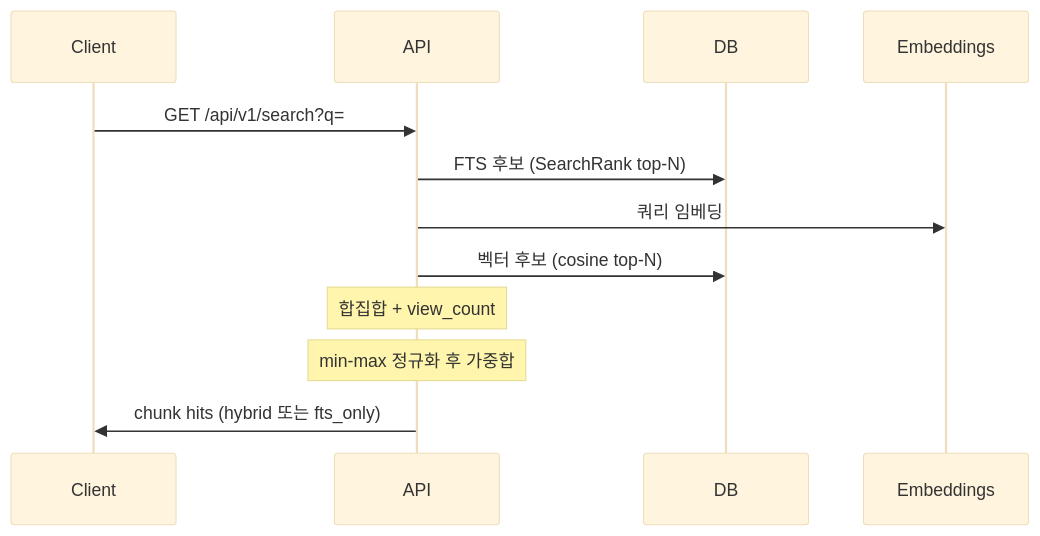
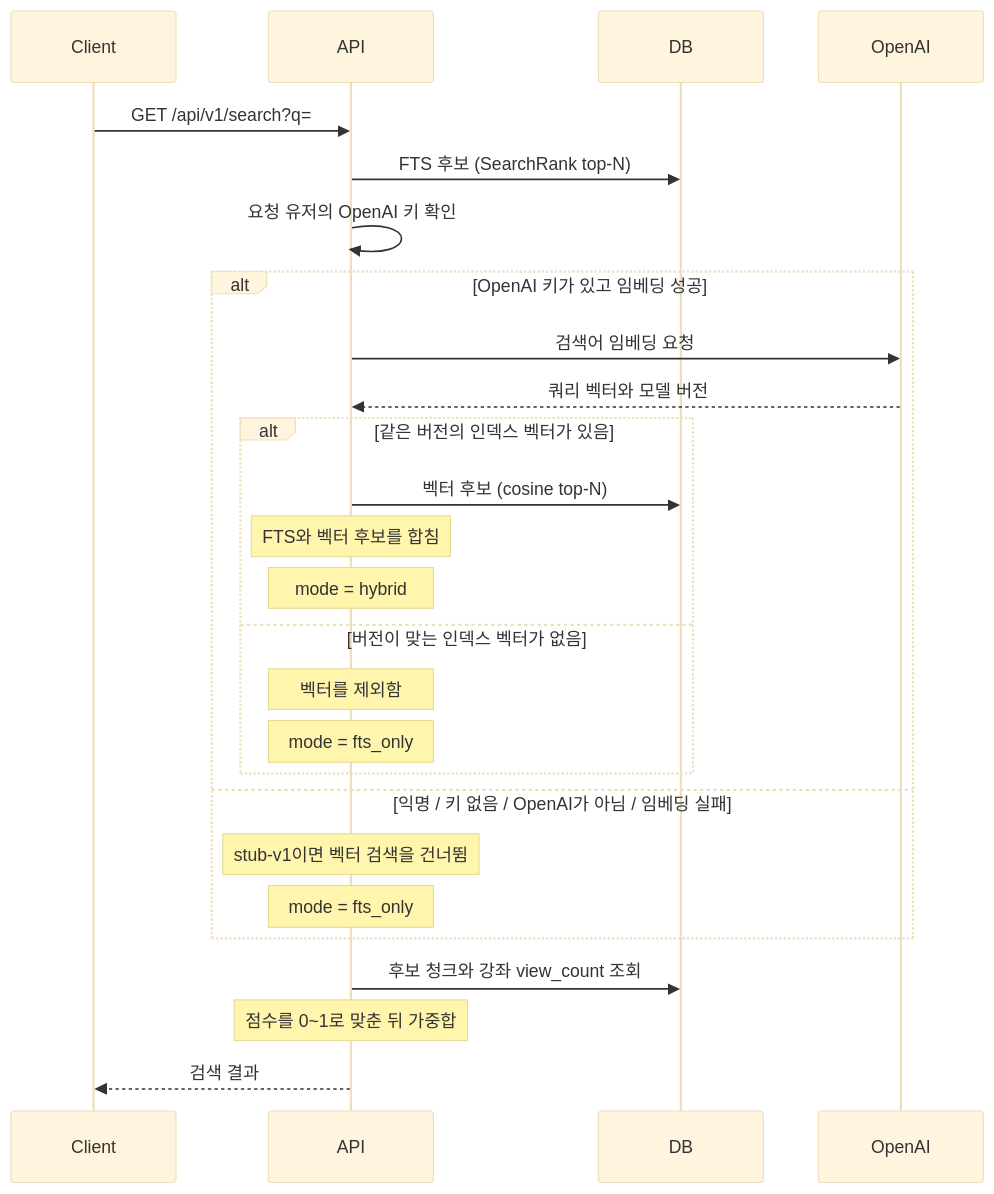
The sixth of 7 diagrams in content/posts/2026/08/07/class-s-hybrid-search/index.md (DSeung001/dseung001.github.io), drawn with Mermaid (base theme) before and after one commit. The commit also changed other lines of this file, not shown here.

````diff
--- a/content/posts/2026/08/07/class-s-hybrid-search/index.md
+++ b/content/posts/2026/08/07/class-s-hybrid-search/index.md
@@ -409,15 +425,29 @@
 ```mermaid
 sequenceDiagram
   participant Client
   participant API
   participant DB
-  participant Emb as Embeddings
+  participant OpenAI
 
   Client->>API: GET /api/v1/search?q=
   API->>DB: FTS 후보 (SearchRank top-N)
-  API->>Emb: 쿼리 임베딩
-  API->>DB: 벡터 후보 (cosine top-N)
-  Note over API: 합집합 + view_count
-  Note over API: min-max 정규화 후 가중합
-  API->>Client: chunk hits (hybrid 또는 fts_only)
+  API->>API: 요청 유저의 OpenAI 키 확인
+  alt OpenAI 키가 있고 임베딩 성공
+    API->>OpenAI: 검색어 임베딩 요청
+    OpenAI-->>API: 쿼리 벡터와 모델 버전
+    alt 같은 버전의 인덱스 벡터가 있음
+      API->>DB: 벡터 후보 (cosine top-N)
+      Note over API: FTS와 벡터 후보를 합침
+      Note over API: mode = hybrid
+    else 버전이 맞는 인덱스 벡터가 없음
+      Note over API: 벡터를 제외함
+      Note over API: mode = fts_only
+    end
+  else 익명 / 키 없음 / OpenAI가 아님 / 임베딩 실패
+    Note over API: stub-v1이면 벡터 검색을 건너뜀
+    Note over API: mode = fts_only
+  end
+  API->>DB: 후보 청크와 강좌 view_count 조회
+  Note over API: 점수를 0~1로 맞춘 뒤 가중합
+  API-->>Client: 검색 결과
 ```
````
